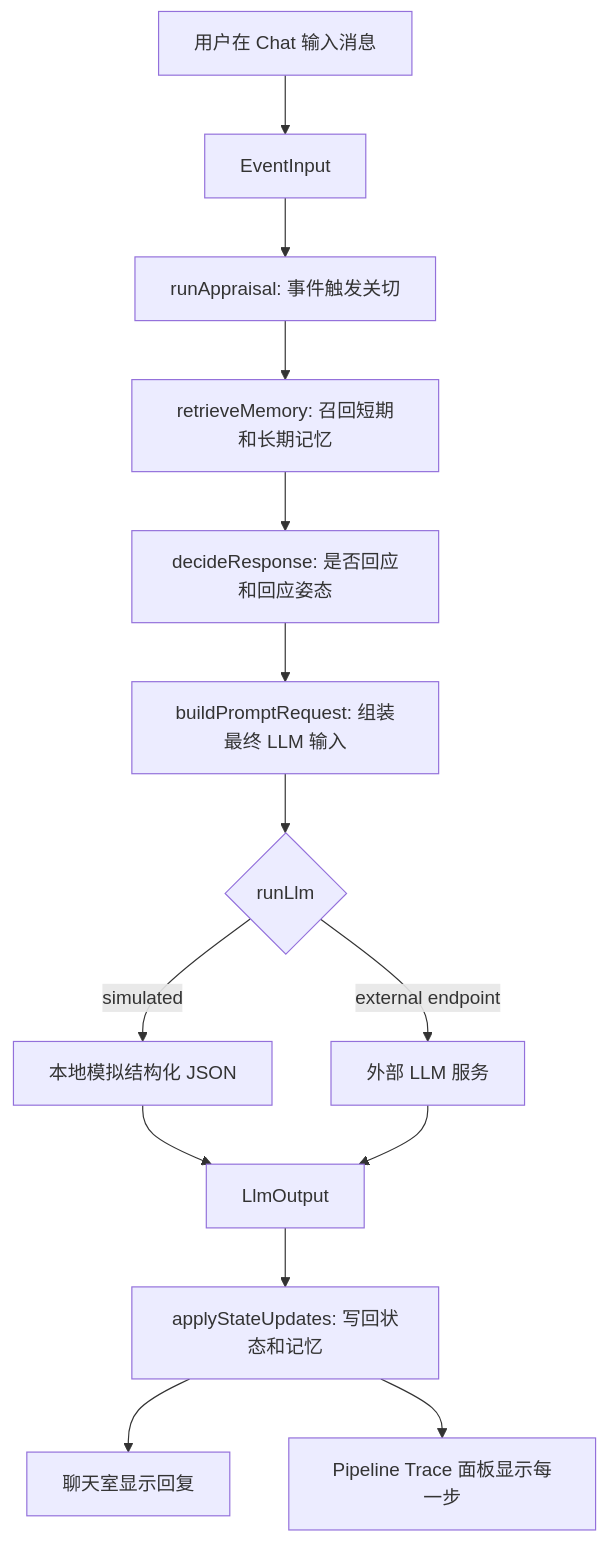
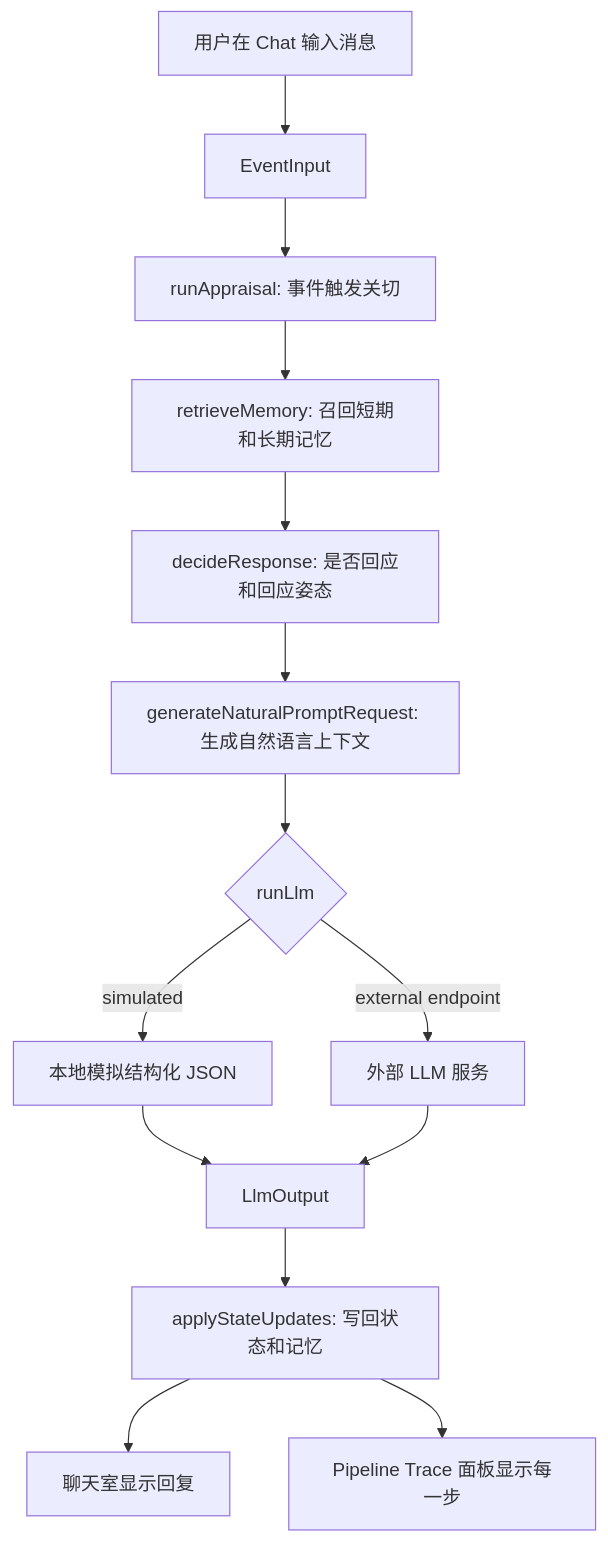
One commit to ttmanthatman/virtual-human-flow changed the third of 4 diagrams in docs/SYSTEM_FLOW.md. Above: the diagram before and after it, drawn with Mermaid. The commit also changed other lines of this file and 8 other files, not shown here.

Commit message:
fix: generate natural llm prompt

````diff
--- a/docs/SYSTEM_FLOW.md
+++ b/docs/SYSTEM_FLOW.md
@@ -50,16 +52,16 @@
 ```mermaid
 flowchart TD
     U[用户在 Chat 输入消息] --> E[EventInput]
     E --> A[runAppraisal: 事件触发关切]
     A --> M[retrieveMemory: 召回短期和长期记忆]
     M --> D[decideResponse: 是否回应和回应姿态]
-    D --> P[buildPromptRequest: 组装最终 LLM 输入]
+    D --> P[generateNaturalPromptRequest: 生成自然语言上下文]
     P --> L{runLlm}
     L -- simulated --> S[本地模拟结构化 JSON]
     L -- external endpoint --> X[外部 LLM 服务]
     S --> O[LlmOutput]
     X --> O
     O --> W[applyStateUpdates: 写回状态和记忆]
     W --> C[聊天室显示回复]
     W --> T[Pipeline Trace 面板显示每一步]
 ```
````
